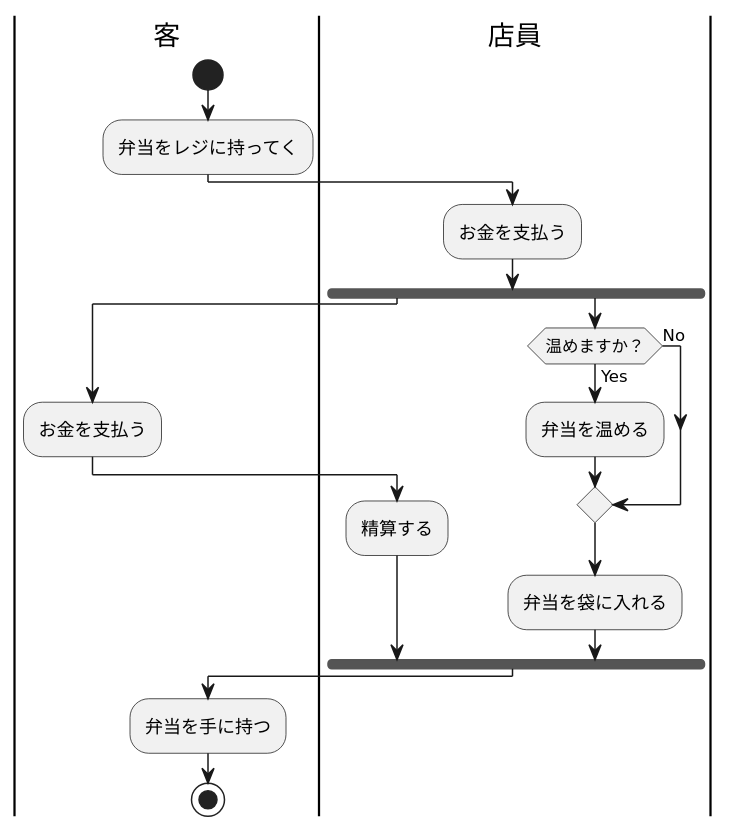
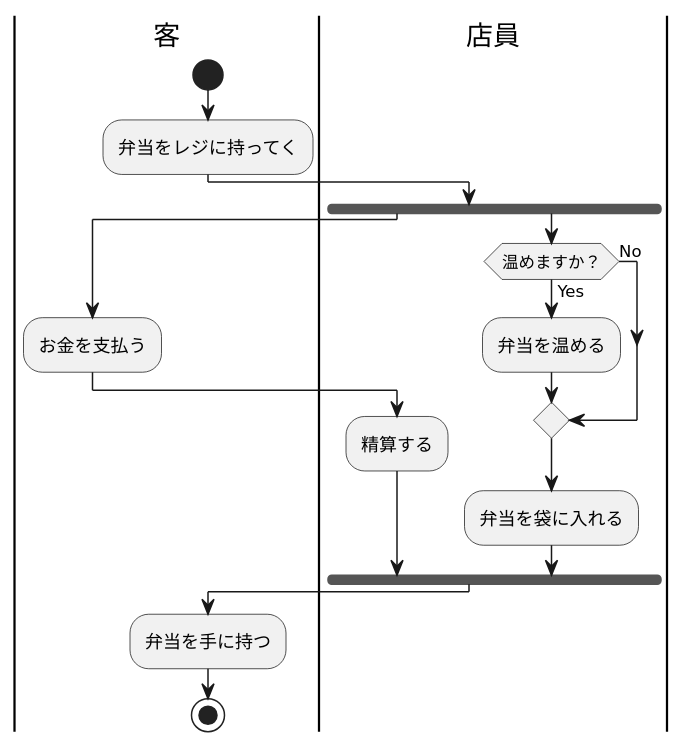
One commit to 05Uwa/uml-introduction changed the diagram in 図7-10_AC_コンビニで弁当買う.pu. Above: the diagram before and after it, drawn with PlantUML.

Commit message:
修正

```diff
--- a/図7-10_AC_コンビニで弁当買う.pu
+++ b/図7-10_AC_コンビニで弁当買う.pu
@@ -1,22 +1,21 @@
 @startuml
 |客|
 start 
 :弁当をレジに持ってく;
 |店員|
-:お金を支払う;
 fork 
 |客|
 :お金を支払う;
 |店員|
 :精算する;
 fork again
 if (温めますか？) then (Yes)
     :弁当を温める;
 else(No)
 endif 
     :弁当を袋に入れる;
 fork end
 |客|
 :弁当を手に持つ;
 stop
 @enduml
```
